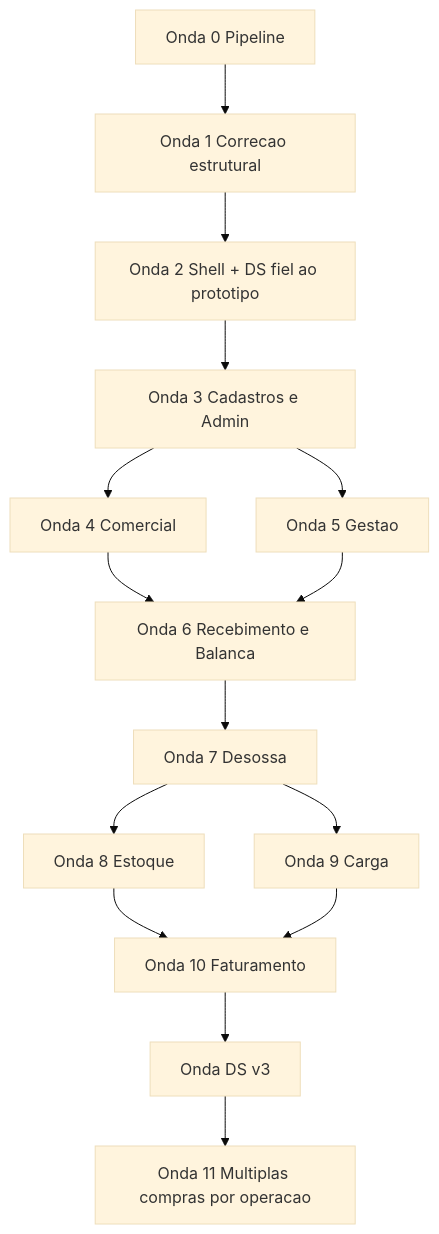
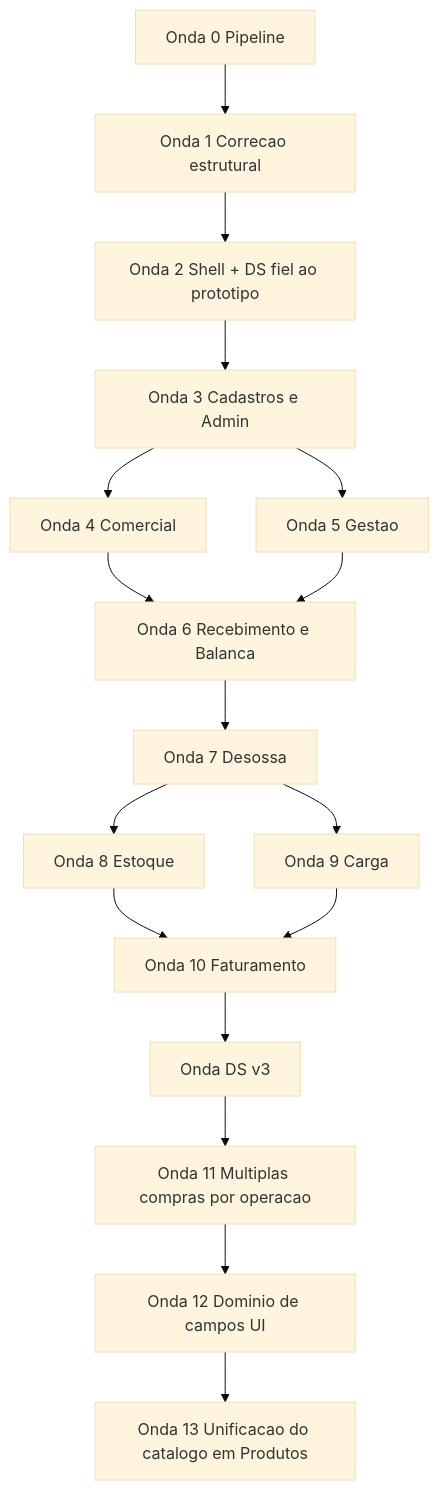
One commit to sammuka/alpha-carnes changed the second of 2 diagrams in docs/governance/roadmap-canonico.md. Above: the diagram before and after it, drawn with Mermaid (base theme). The commit also changed other lines of this file and 1 other file, not shown here.

Commit message:
docs(execucao): registra Onda 12 mergeada (6c12d4c) e abre Onda 13 no roadmap
Insere a linha da Onda 12 em EXECUCAO-STATUS.md com status mergeada (PR #102,
squash 6c12d4c) e registra a lacuna de processo: GATE-VEREDITOS.md em develop
nao possui nenhuma linha da Onda 12, portanto nao ha veredito de Portao 2
registrado - pendencia de auditoria retroativa, sem convalidacao pelo Executor.

Abre a Onda 13 (unificacao do catalogo em Produtos, AD-15) com status
planejando, sem plano e sem PR, e acrescenta as Ondas 12 e 13 a tabela e ao
grafo mermaid do roadmap canonico.

````diff
--- a/docs/governance/roadmap-canonico.md
+++ b/docs/governance/roadmap-canonico.md
@@ -147,17 +149,19 @@
 ```mermaid
 flowchart TD
     O0["Onda 0 Pipeline"] --> O1["Onda 1 Correcao estrutural"]
     O1 --> O2["Onda 2 Shell + DS fiel ao prototipo"]
     O2 --> O3["Onda 3 Cadastros e Admin"]
     O3 --> O4["Onda 4 Comercial"]
     O3 --> O5["Onda 5 Gestao"]
     O4 --> O6["Onda 6 Recebimento e Balanca"]
     O5 --> O6
     O6 --> O7["Onda 7 Desossa"]
     O7 --> O8["Onda 8 Estoque"]
     O7 --> O9["Onda 9 Carga"]
     O8 --> O10["Onda 10 Faturamento"]
     O9 --> O10
     O10 --> DSv3["Onda DS v3"]
     DSv3 --> O11["Onda 11 Multiplas compras por operacao"]
+    O11 --> O12["Onda 12 Dominio de campos UI"]
+    O12 --> O13["Onda 13 Unificacao do catalogo em Produtos"]
 ```
````
